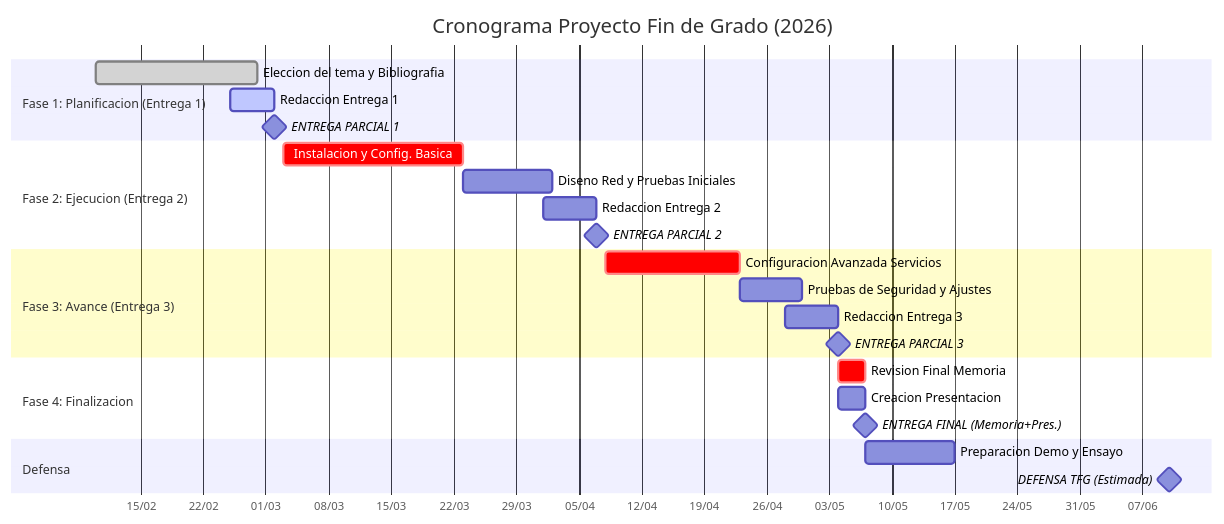
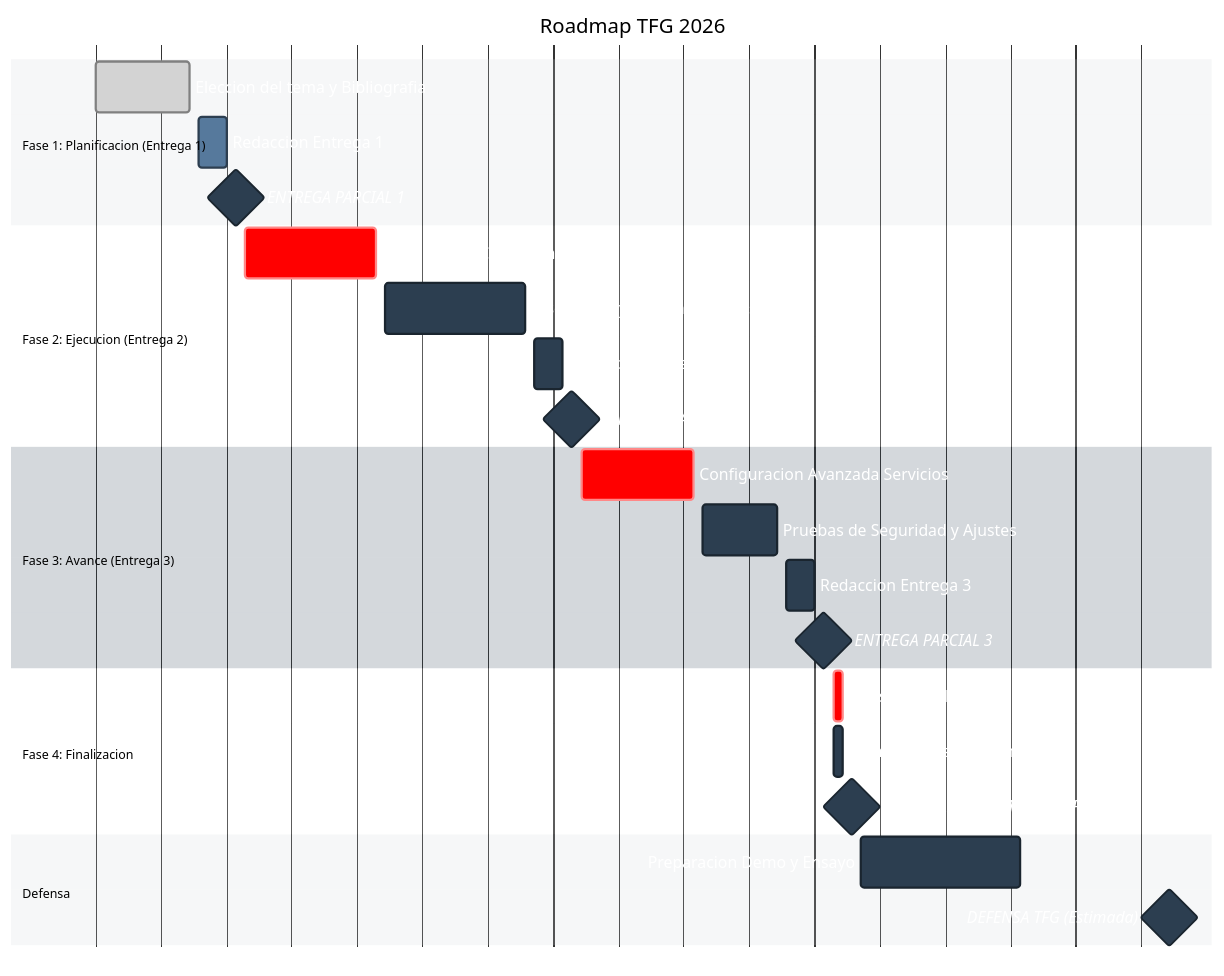
The diagram in README.md (Azulma/ASIR), drawn with Mermaid before and after one commit. The commit also changed other lines of this file, not shown here.

Commit message:
Revise README with project details and timeline
Updated project title, added status badges, and revised the timeline for the TFG project. Adjusted task dates and descriptions for clarity.

````diff
--- a/README.md
+++ b/README.md
@@ -3,32 +16,54 @@
 ```mermaid
+%%{init: { 
+  'gantt': { 'barHeight': 45, 'fontSize': 14, 'fontFamily': 'Segoe UI, Roboto, Helvetica, sans-serif' }, 
+  'theme': 'base', 
+  'themeVariables': { 
+    'background': '#ffffff',
+    'primaryColor': '#2c3e50', 
+    'secondaryColor': '#b0bec5', 
+    'tertiaryColor': '#cfd8dc', 
+    'primaryBorderColor': '#1a252f', 
+    'primaryTextColor': '#ffffff', 
+    'secondaryTextColor': '#000000', 
+    'tertiaryTextColor': '#000000', 
+    'lineColor': '#2c3e50', 
+    'milestoneBackground': '#f1c40f', 
+    'milestoneBorderColor': '#d35400', 
+    'criticalColor': '#c0392b', 
+    'criticalBorderColor': '#8e44ad', 
+    'criticalTextColor': '#ffffff',
+    'gridColor': '#ffffff' 
+  } 
+}}%%
 gantt
-    title Cronograma Proyecto Fin de Grado (2026)
+    title Roadmap TFG 2026
     dateFormat  YYYY-MM-DD
     axisFormat  %d/%m
+    todayMarker off
 
     section Fase 1: Planificacion (Entrega 1)
-    Eleccion del tema y Bibliografia :done,    T1, 2026-02-10, 2026-02-28
-    Redaccion Entrega 1              :active,  T2, 2026-02-25, 5d
+    Eleccion del tema y Bibliografia :done,    T1, 2026-02-15, 2026-02-25
+    Redaccion Entrega 1              :active,  T2, 2026-02-26, 2026-03-01
     ENTREGA PARCIAL 1                :milestone, M1, 2026-03-02, 0d
 
     section Fase 2: Ejecucion (Entrega 2)
-    Instalacion y Config. Basica     :crit,    T3, 2026-03-03, 20d
-    Diseno Red y Pruebas Iniciales   :         T4, after T3, 10d
-    Redaccion Entrega 2              :         T5, 2026-04-01, 6d
+    Instalacion y Config. Basica     :crit,    T3, 2026-03-03, 2026-03-17
+    Diseno Red y Pruebas Iniciales   :         T4, 2026-03-18, 2026-04-02
+    Redaccion Entrega 2              :         T5, 2026-04-03, 2026-04-06
     ENTREGA PARCIAL 2                :milestone, M2, 2026-04-07, 0d
 
     section Fase 3: Avance (Entrega 3)
-    Configuracion Avanzada Servicios :crit,    T6, 2026-04-08, 15d
-    Pruebas de Seguridad y Ajustes   :         T7, after T6, 7d
-    Redaccion Entrega 3              :         T8, 2026-04-28, 6d
+    Configuracion Avanzada Servicios :crit,    T6, 2026-04-08, 2026-04-20
+    Pruebas de Seguridad y Ajustes   :         T7, 2026-04-21, 2026-04-29
+    Redaccion Entrega 3              :         T8, 2026-04-30, 2026-05-03
     ENTREGA PARCIAL 3                :milestone, M3, 2026-05-04, 0d
 
     section Fase 4: Finalizacion
-    Revision Final Memoria           :crit,    T9, 2026-05-04, 3d
-    Creacion Presentacion            :         T10, 2026-05-04, 3d
+    Revision Final Memoria           :crit,    T9, 2026-05-05, 2026-05-06
+    Creacion Presentacion            :         T10, 2026-05-05, 2026-05-06
     ENTREGA FINAL (Memoria+Pres.)    :milestone, M4, 2026-05-07, 0d
 
     section Defensa
-    Preparacion Demo y Ensayo        :         T11, after M4, 10d
+    Preparacion Demo y Ensayo        :         T11, 2026-05-08, 2026-05-25
     DEFENSA TFG (Estimada)           :milestone, M5, 2026-06-10, 0d
 ```
````
